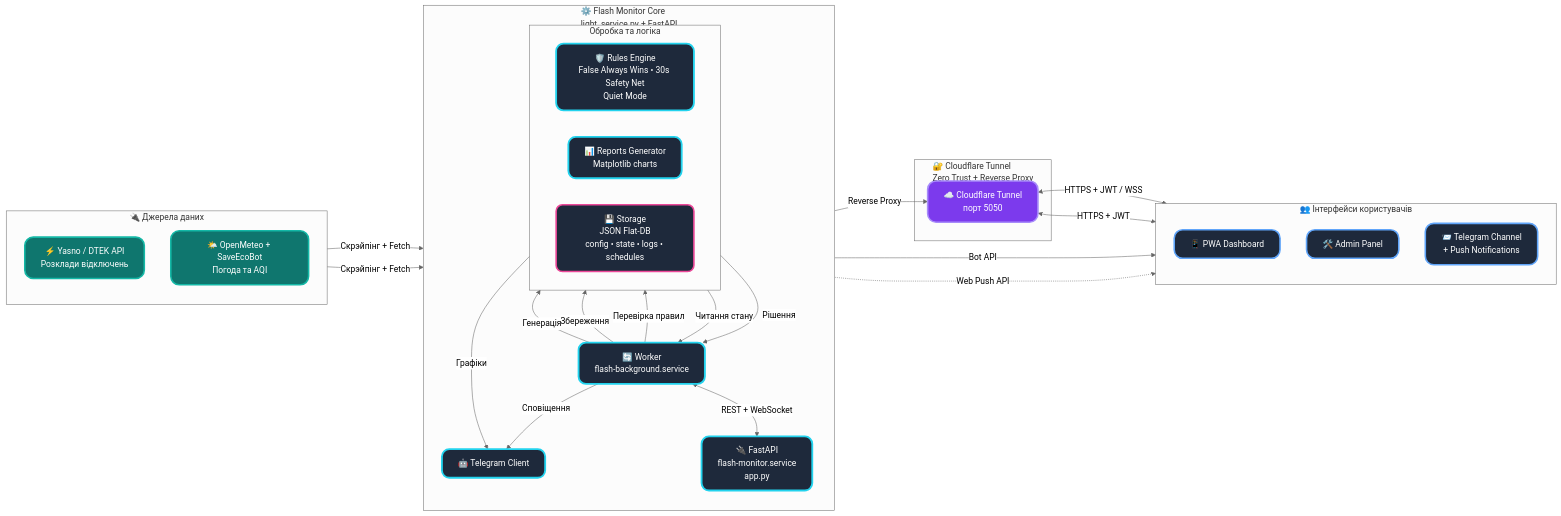
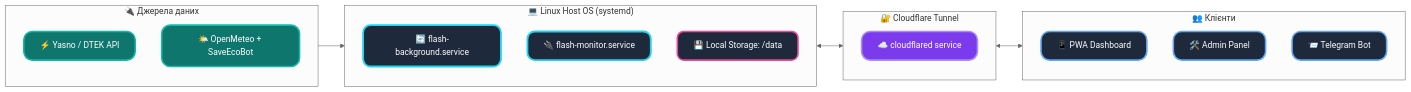
The diagram in README.md (weby-homelab/flash-monitor-kyiv), drawn with Mermaid (neutral theme) before and after one commit. The commit also changed other lines of this file and 1 other file, not shown here.

Commit message:
docs: update classic branch READMEs for Bare-metal Edition

````diff
--- a/README.md
+++ b/README.md
@@ -92,78 +63,36 @@
 ```mermaid
 flowchart LR
-    %% ================================================
-    %% НОВА КОНЦЕПЦІЯ 2026 для README.md
-    %% "End-to-End Pipeline" — динамічний потік даних
-    %% Замість шарів — горизонтальний pipeline з чітким напрямком руху
-    %% Ідеально виглядає в GitHub (темна/світла тема), чистий, сучасний, легко читається
-    %% ================================================
-
     classDef external fill:#0f766e,stroke:#14b8a6,stroke-width:3px,color:#fff,rx:16px,ry:16px
     classDef core fill:#1e293b,stroke:#22d3ee,stroke-width:3.5px,color:#fff,rx:14px,ry:14px
     classDef gateway fill:#7c3aed,stroke:#a78bfa,stroke-width:3px,color:#fff,rx:16px,ry:16px
     classDef client fill:#1e293b,stroke:#60a5fa,stroke-width:3px,color:#fff,rx:16px,ry:16px
     classDef db fill:#1e293b,stroke:#ec4899,stroke-width:3px,color:#fff,rx:12px,ry:12px
 
-    %% ====================== ЛІВА ЧАСТИНА: ДЖЕРЕЛА ДАНИХ ======================
     subgraph External ["🔌 Джерела даних"]
         direction TB
-        Energy["⚡ Yasno / DTEK API<br>Розклади відключень"]:::external
-        Meteo["🌤️ OpenMeteo + SaveEcoBot<br>Погода та AQI"]:::external
+        Energy["⚡ Yasno / DTEK API"]:::external
+        Meteo["🌤️ OpenMeteo + SaveEcoBot"]:::external
     end
 
-    %% ====================== ЦЕНТР: CORE PIPELINE ======================
-    subgraph Core ["⚙️ Flash Monitor Core<br>light_service.py + FastAPI"]
+    subgraph Host ["💻 Linux Host OS (systemd)"]
         direction TB
-
-        Worker["🔄 Worker<br>flash-background.service"]:::core
-
-        subgraph Processing ["Обробка та логіка"]
-            direction LR
-            Rules["🛡️ Rules Engine<br>False Always Wins • 30s Safety Net<br>Quiet Mode"]:::core
-            Reports["📊 Reports Generator<br>Matplotlib charts"]:::core
-            Storage["💾 Storage<br>JSON Flat-DB<br>config • state • logs • schedules"]:::db
-        end
-
-        API["🔌 FastAPI<br>flash-monitor.service<br>app.py"]:::core
-        TgClient["🤖 Telegram Client"]:::core
+        Worker["🔄 flash-background.service"]:::core
+        API["🔌 flash-monitor.service"]:::core
+        Storage["💾 Local Storage: /data"]:::db
     end
 
-    %% ====================== ШЛЮЗ ======================
-    subgraph Gateway ["🔐 Cloudflare Tunnel<br>Zero Trust + Reverse Proxy"]
-        CF["☁️ Cloudflare Tunnel<br>порт 5050"]:::gateway
+    subgraph Gateway ["🔐 Cloudflare Tunnel"]
+        CF["☁️ cloudflared service"]:::gateway
     end
 
-    %% ====================== ПРАВА ЧАСТИНА: КЛІЄНТИ ======================
-    subgraph Clients ["👥 Інтерфейси користувачів"]
+    subgraph Clients ["👥 Клієнти"]
         direction TB
         PWA["📱 PWA Dashboard"]:::client
         Admin["🛠️ Admin Panel"]:::client
-        Telegram["📨 Telegram Channel<br>+ Push Notifications"]:::client
+        Telegram["📨 Telegram Bot"]:::client
     end
 
-    %% ====================== ПОТІК ДАНИХ (головна магістраль) ======================
-    Energy & Meteo -->|Скрэйпінг + Fetch| Worker
-
-    Worker -->|Перевірка правил| Rules
-    Rules -->|Рішення| Worker
-
-    Worker -->|Збереження| Storage
-    Storage -->|Читання стану| Worker
-
-    Worker -->|Генерація| Reports
-    Worker -->|Сповіщення| TgClient
-    Reports -->|Графіки| TgClient
-
-    Worker <-->|REST + WebSocket| API
-
-    API -->|Reverse Proxy| CF
-    CF <-->|HTTPS + JWT / WSS| PWA
-    CF <-->|HTTPS + JWT| Admin
-    TgClient -->|Bot API| Telegram
-
-    %% Додаткові push-сповіщення
-    API -.->|Web Push API| PWA
-
-    %% ====================== Стиль для заголовків підграфів ======================
-    classDef subgraphTitle fill:#0f172a,stroke:none,color:#64748b,font-size:15px
+    External --> Host
+    Host <--> Gateway
+    Gateway <--> Clients
 ```
````
